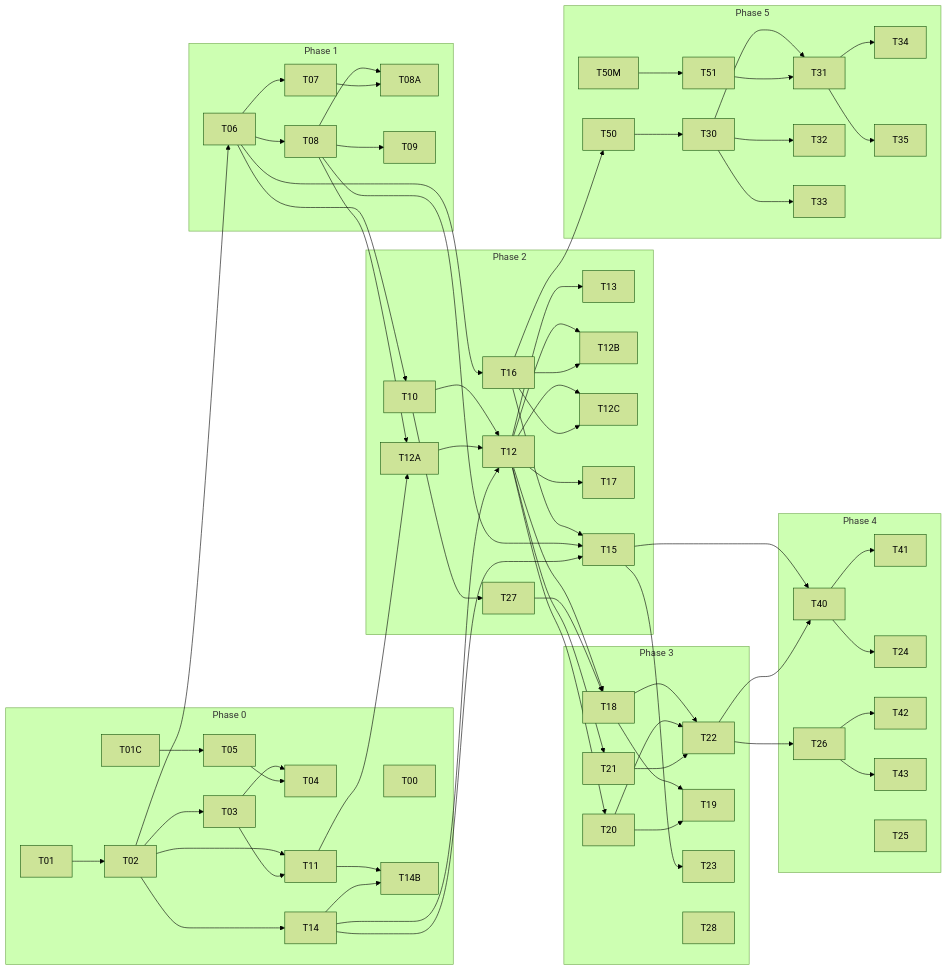
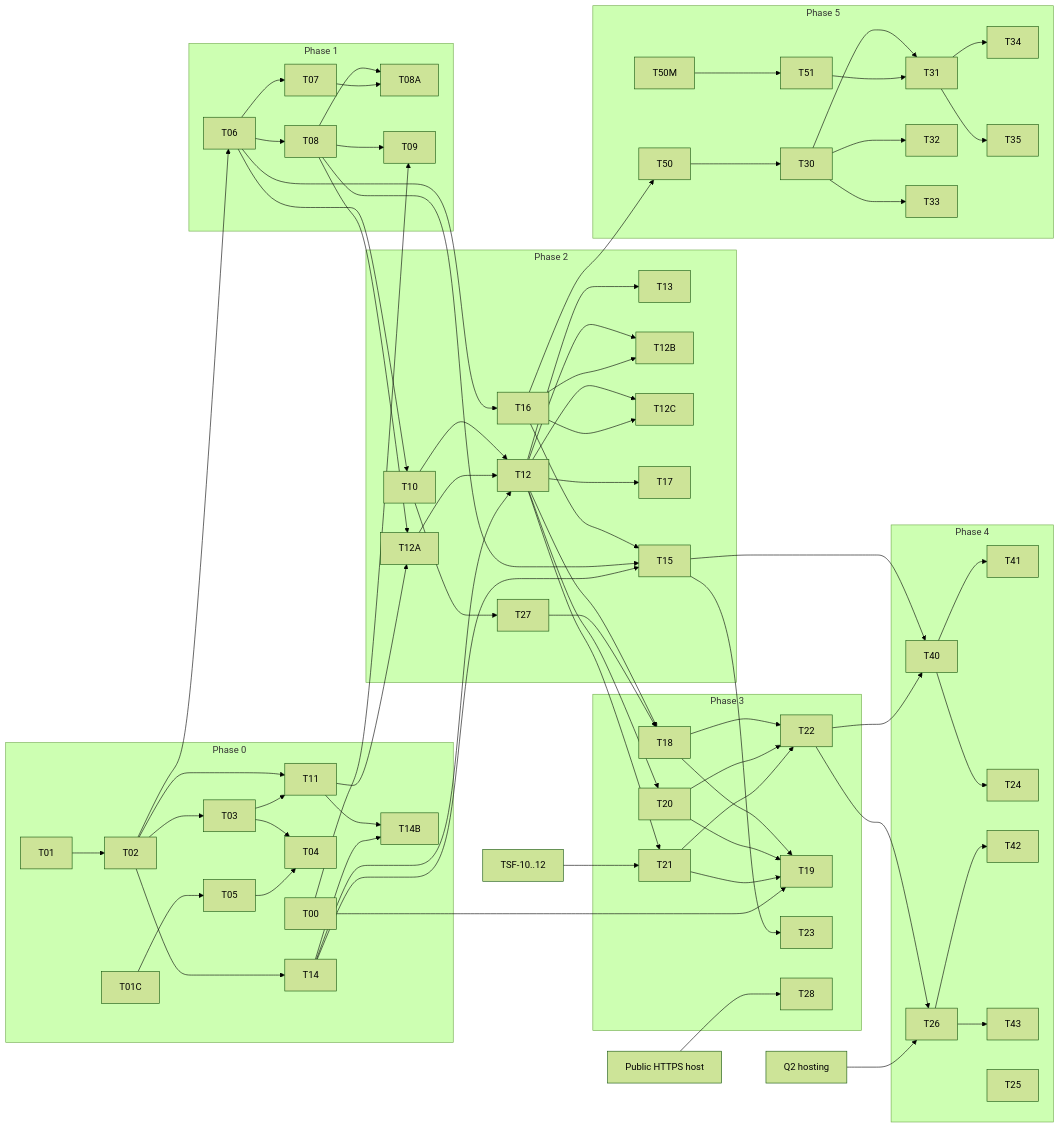
Before and after one commit to Narote-Dev/ThaiShopFun-OMS: the diagram in docs/plan/05-task-list.md, drawn with Mermaid (forest theme). The commit also changed other lines of this file and 1 other file, not shown here.

First line of the commit message:
docs: MVP-to-launch roadmap (MVP-ROADMAP.md) (#22)

````diff
--- a/docs/plan/05-task-list.md
+++ b/docs/plan/05-task-list.md
@@ -42,52 +42,57 @@
 ```mermaid
 flowchart LR
   subgraph P0[Phase 0]
     T00
     T01C
     T01-->T02-->T03-->T04
     T01C-->T05-->T04
     T02-->T11 & T14
     T03-->T11
     T11 & T14-->T14B
   end
   subgraph P1[Phase 1]
     T06-->T07 & T08
     T08-->T08A & T09
     T07-->T08A
+    T00-->T09
   end
   subgraph P2[Phase 2]
     T10-->T12
     T16
     T12A-->T12-->T13 & T12B & T12C & T17
     T16-->T12B & T12C & T15
     T27
   end
   subgraph P3[Phase 3]
     T18 & T20 & T21-->T22
-    T18 & T20-->T19
+    T18 & T20 & T21-->T19
     T23
     T28
   end
+  T00-->T19
   subgraph P4[Phase 4]
     T40-->T41 & T24
     T26-->T42 & T43
     T25
   end
   subgraph P5[Phase 5]
     T50M-->T51
     T50-->T30-->T31 & T32 & T33
     T51-->T31
     T31-->T34 & T35
   end
   T02-->T06
   T06-->T10 & T16
   T08-->T12A & T15
   T11-->T12A
   T14-->T12 & T15
   T12-->T18 & T20 & T21
   T27-->T18
   T10-->T27
   T15-->T23 & T40
   T22-->T40 & T26
   T16-->T50
+  Q2[Q2 hosting] --> T26
+  HOST[Public HTTPS host] --> T28
+  TSF1012[TSF-10..12] --> T21
 ```
````
